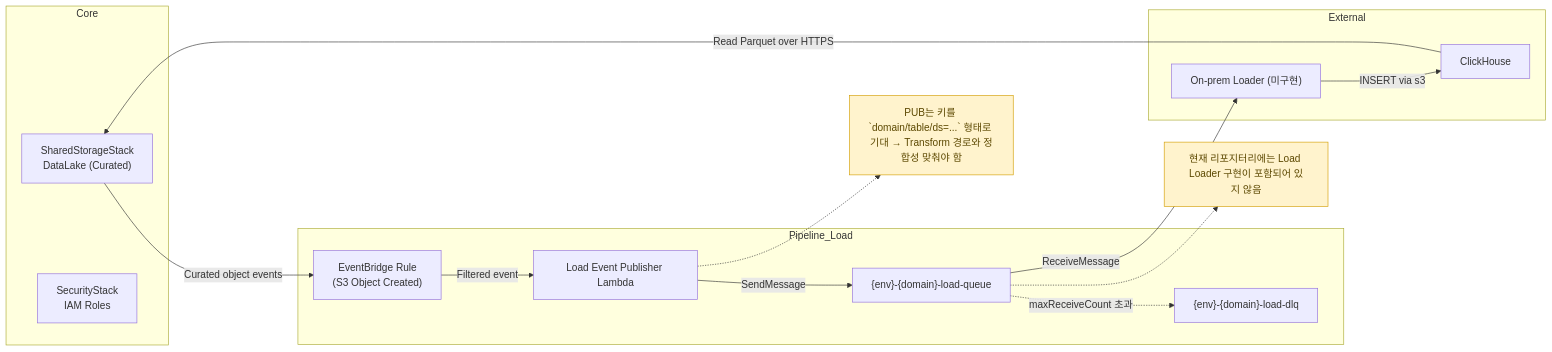
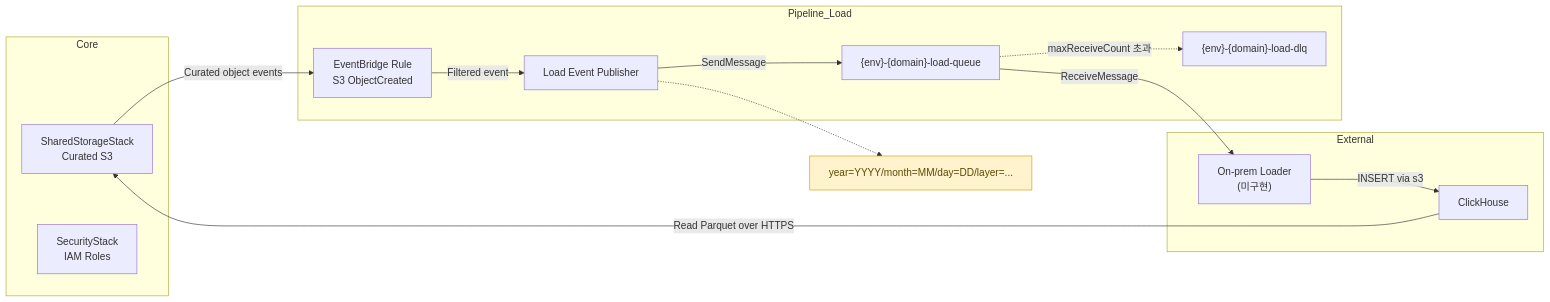
The diagram in docs/diagrams/load/01-components.md (keemgdeok/fin-forge-pipeline), drawn with Mermaid before and after one commit. The commit also changed 16 other files, not shown here.

Commit message:
feat: update transform docs/diagram

````diff
--- a/docs/diagrams/load/01-components.md
+++ b/docs/diagrams/load/01-components.md
@@ -1,38 +1,36 @@
 ```mermaid
 graph LR
   subgraph Core
-    SS["SharedStorageStack<br/>DataLake (Curated)"]
+    SS["SharedStorageStack<br/>Curated S3"]
     SEC["SecurityStack<br/>IAM Roles"]
   end
 
   subgraph Pipeline_Load
-    EB["EventBridge Rule<br/>(S3 Object Created)"]
-    PUB["Load Event Publisher Lambda"]
+    EB["EventBridge Rule<br/>S3 ObjectCreated"]
+    PUB["Load Event Publisher"]
     SQS["{env}-{domain}-load-queue"]
     DLQ["{env}-{domain}-load-dlq"]
   end
 
   subgraph External
-    AGT["On‑prem Loader (미구현)"]
+    AGT["On‑prem Loader<br/>(미구현)"]
     CH["ClickHouse"]
   end
 
   SS -->|Curated object events| EB
   EB -->|Filtered event| PUB
   PUB -->|SendMessage| SQS
   SQS -.->|maxReceiveCount 초과| DLQ
 
   %% External consumption (예정)
   SQS -->|ReceiveMessage| AGT
   AGT -->|INSERT via s3| CH
   CH -->|Read Parquet over HTTPS| SS
 
   %% Notes
-  N1["현재 리포지터리에는 Load Loader 구현이 포함되어 있지 않음"]:::note
-  N2["PUB는 키를 `domain/table/ds=...` 형태로 기대 → Transform 경로와 정합성 맞춰야 함"]:::note
+  N2["year=YYYY/month=MM/day=DD/layer=... "]:::note
 
-  SQS -.-> N1
   PUB -.-> N2
 
   classDef note fill:#fff3cd,stroke:#d39e00,color:#5c4800;
 ```
````
